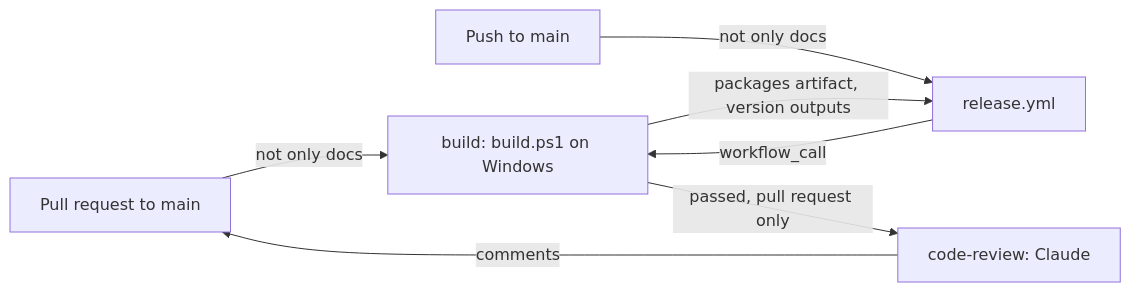
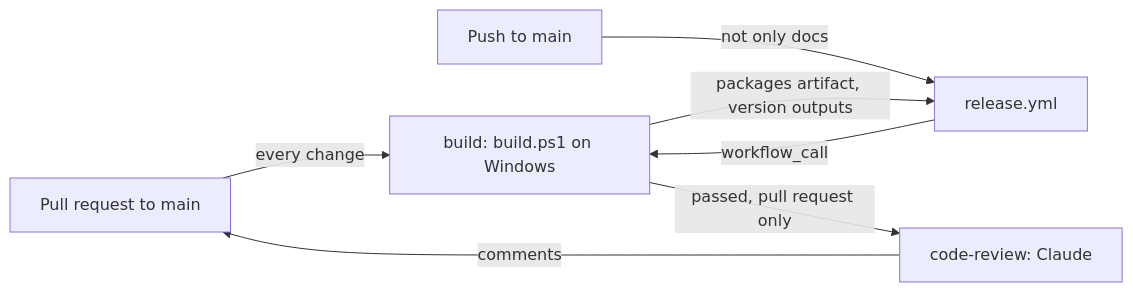
One commit to froazin/hairpin changed the diagram in Docs/ci.md. Above: the diagram before and after it, drawn with Mermaid. The commit also changed other lines of this file and 6 other files, not shown here.

First line of the commit message:
ci: Run CI on every pull request (#14)

````diff
--- a/Docs/ci.md
+++ b/Docs/ci.md
@@ -20,11 +20,11 @@
 ```mermaid
 flowchart LR
     accTitle: The jobs in the CI workflow
-    accDescr: A pull request to main that changes more than docs starts the CI workflow directly. A push to main starts the release workflow, which calls it. The build job runs build.ps1 on Windows and uploads the packages. On a pull request only, when the build passes, the code-review job runs Claude, which comments on the pull request.
-    pr["Pull request to main"] -->|"not only docs"| build["build: build.ps1 on Windows"]
+    accDescr: Every pull request to main starts the CI workflow directly. A push to main that changes more than docs starts the release workflow, which calls it. The build job runs build.ps1 on Windows and uploads the packages. On a pull request only, when the build passes, the code-review job runs Claude, which comments on the pull request.
+    pr["Pull request to main"] -->|"every change"| build["build: build.ps1 on Windows"]
     push["Push to main"] -->|"not only docs"| release["release.yml"]
     release -->|"workflow_call"| build
     build -->|"packages artifact, version outputs"| release
     build -->|"passed, pull request only"| review["code-review: Claude"]
     review -->|comments| pr
 ```
````
